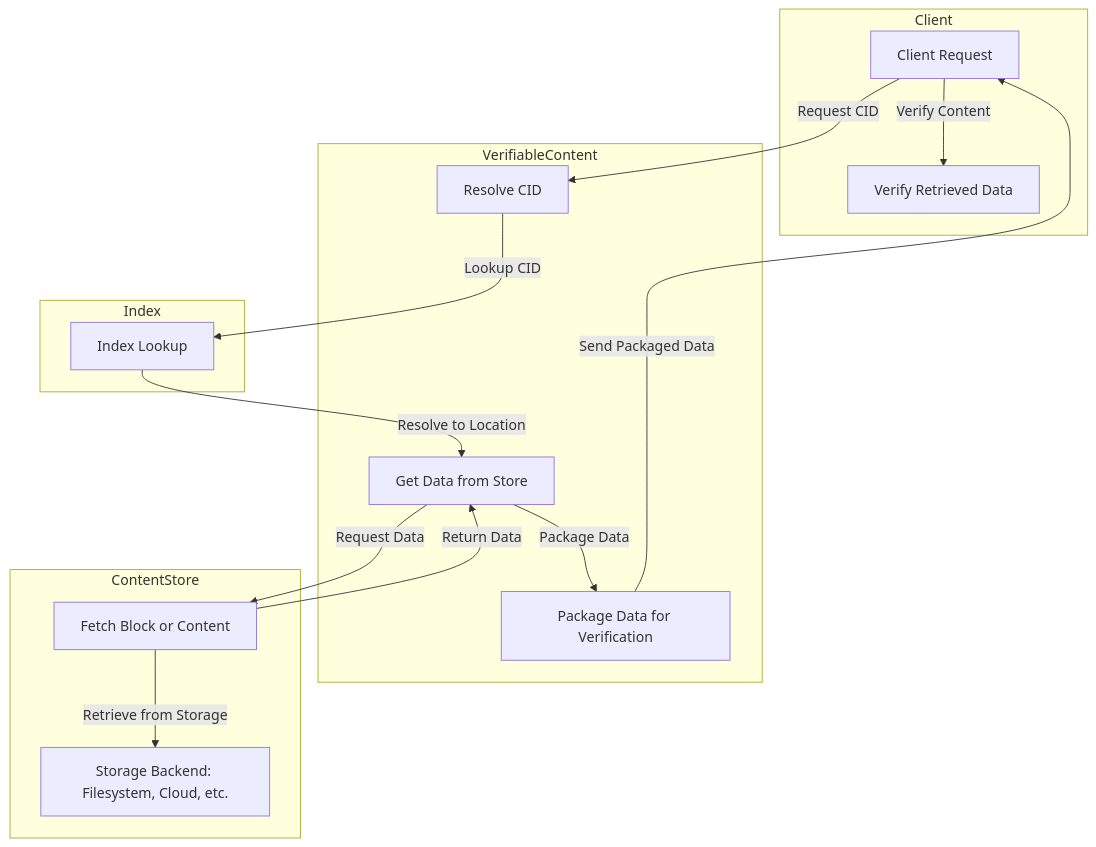
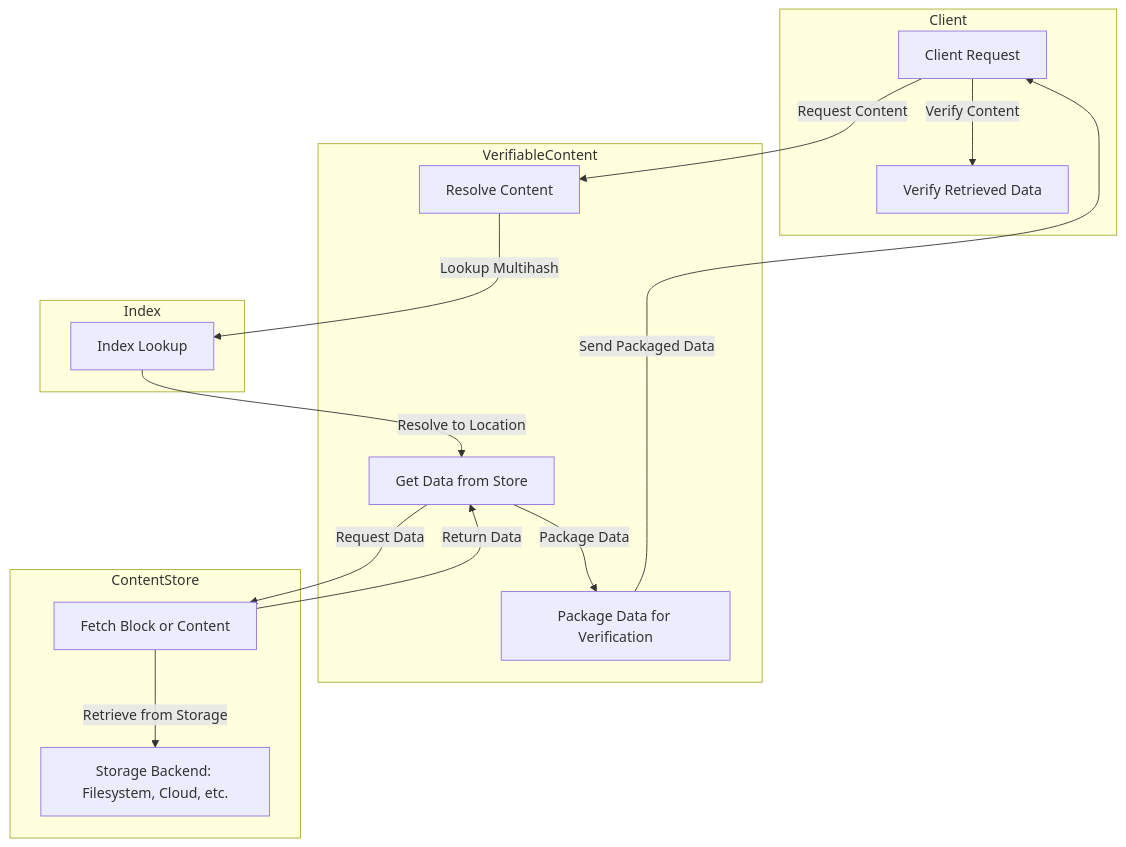
One commit to vasco-santos/nginx-for-ipfs changed the diagram in specs/content-store.md. Above: the diagram before and after it, drawn with Mermaid. The commit also changed other lines of this file and 1 other file, not shown here.

````diff
--- a/specs/content-store.md
+++ b/specs/content-store.md
@@ -102,32 +79,32 @@
 ```mermaid
 graph TD;
     subgraph Client
         A[Client Request]
         G[Verify Retrieved Data]
     end
 
     subgraph Index
         B[Index Lookup]
     end
 
     subgraph VerifiableContent
-        C[Resolve CID]
+        C[Resolve Content]
         D[Get Data from Store]
         H[Package Data for Verification]
     end
 
     subgraph ContentStore
         E[Fetch Block or Content]
         F[Storage Backend: Filesystem, Cloud, etc.]
     end
 
-    A -->|Request CID| C
-    C -->|Lookup CID| B
+    A -->|Request Content| C
+    C -->|Lookup Multihash| B
     B -->|Resolve to Location| D
     D -->|Request Data| E
     E -->|Retrieve from Storage| F
     E -->|Return Data| D
     D -->|Package Data| H
     H -->|Send Packaged Data| A
     A -->|Verify Content| G
 ```
````
